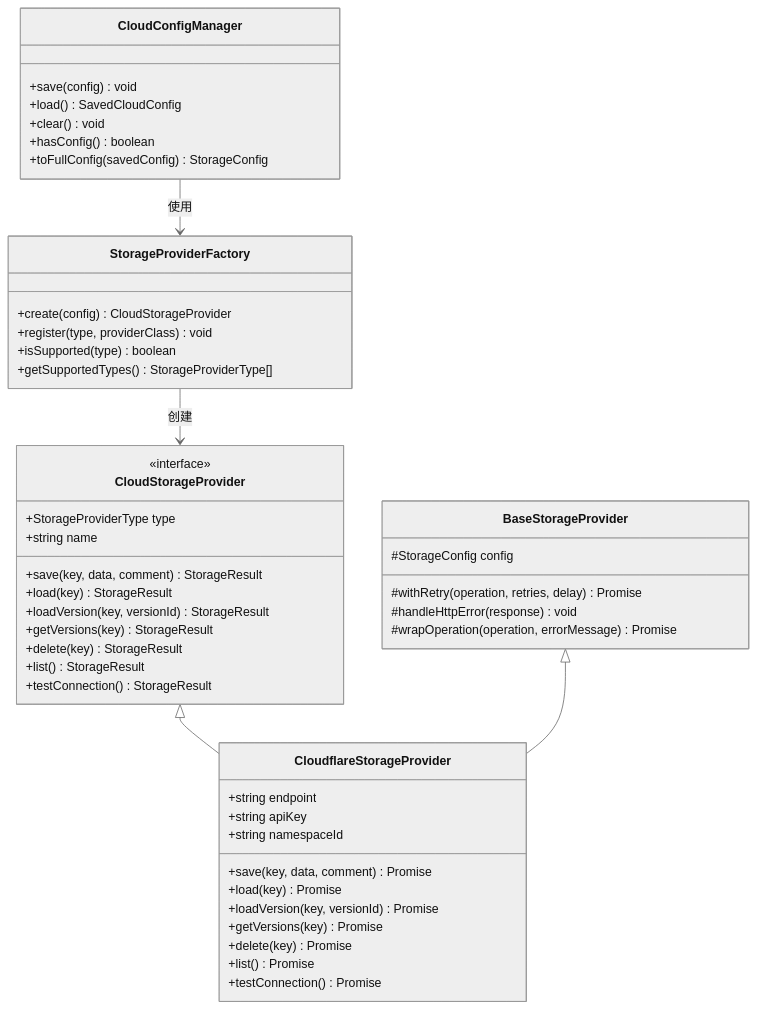
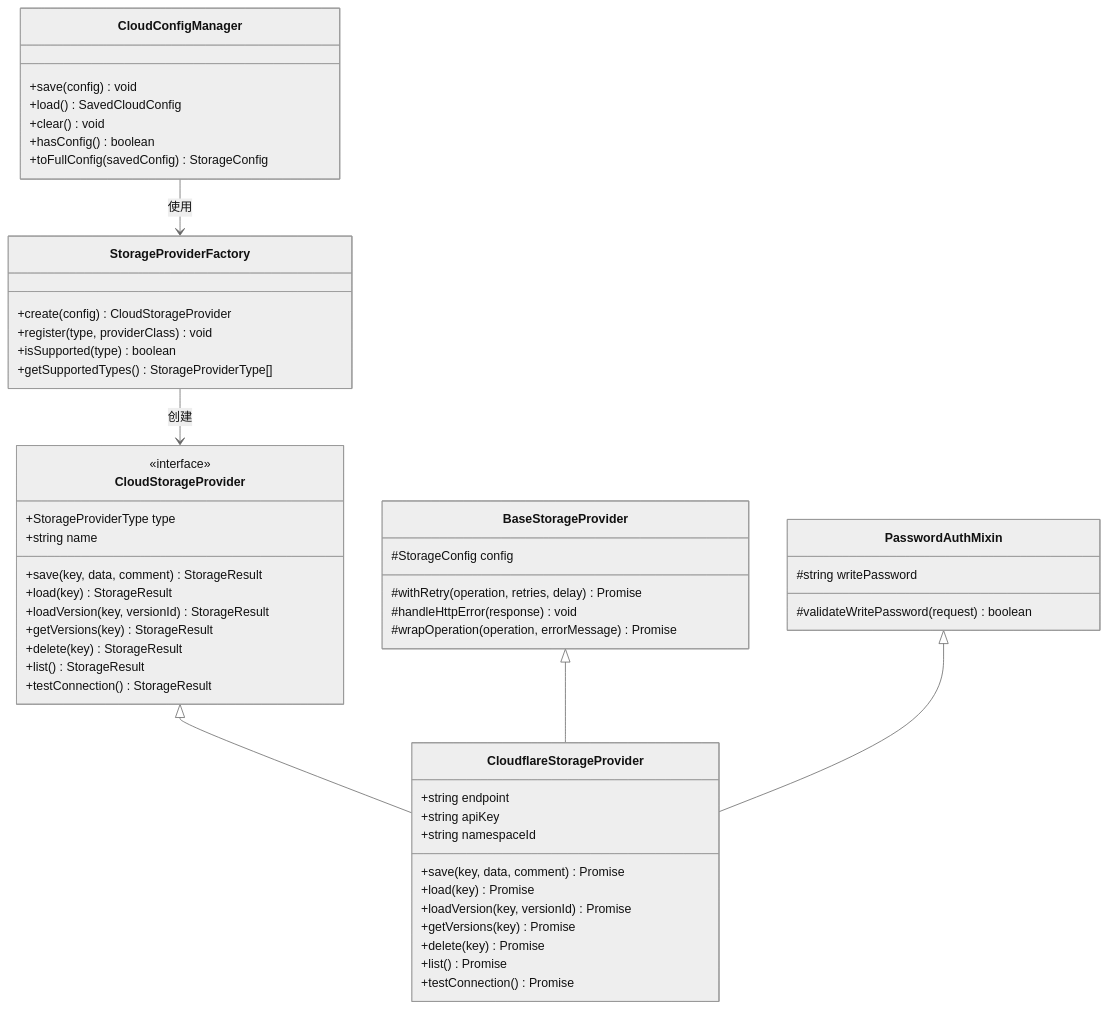
The third of 15 diagrams in .qoder/repowiki/zh/content/用户指南/数据管理/云存储系统.md (steveyu2/formula-mapper), drawn with Mermaid (neutral theme) before and after one commit. The commit also changed other lines of this file and 12 other files, not shown here.

````diff
--- a/.qoder/repowiki/zh/content/用户指南/数据管理/云存储系统.md
+++ b/.qoder/repowiki/zh/content/用户指南/数据管理/云存储系统.md
@@ -226,50 +250,55 @@
 ```mermaid
 classDiagram
 class CloudStorageProvider {
 <<interface>>
 +StorageProviderType type
 +string name
 +save(key, data, comment) StorageResult
 +load(key) StorageResult
 +loadVersion(key, versionId) StorageResult
 +getVersions(key) StorageResult
 +delete(key) StorageResult
 +list() StorageResult
 +testConnection() StorageResult
 }
 class CloudflareStorageProvider {
 +string endpoint
 +string apiKey
 +string namespaceId
 +save(key, data, comment) Promise
 +load(key) Promise
 +loadVersion(key, versionId) Promise
 +getVersions(key) Promise
 +delete(key) Promise
 +list() Promise
 +testConnection() Promise
 }
 class StorageProviderFactory {
 +create(config) CloudStorageProvider
 +register(type, providerClass) void
 +isSupported(type) boolean
 +getSupportedTypes() StorageProviderType[]
 }
 class CloudConfigManager {
 +save(config) void
 +load() SavedCloudConfig
 +clear() void
 +hasConfig() boolean
 +toFullConfig(savedConfig) StorageConfig
 }
 class BaseStorageProvider {
 #StorageConfig config
 #withRetry(operation, retries, delay) Promise
 #handleHttpError(response) void
 #wrapOperation(operation, errorMessage) Promise
 }
+class PasswordAuthMixin {
+#string writePassword
+#validateWritePassword(request) boolean
+}
 CloudStorageProvider <|-- CloudflareStorageProvider
 BaseStorageProvider <|-- CloudflareStorageProvider
+PasswordAuthMixin <|-- CloudflareStorageProvider
 StorageProviderFactory --> CloudStorageProvider : 创建
 CloudConfigManager --> StorageProviderFactory : 使用
 ```
````
